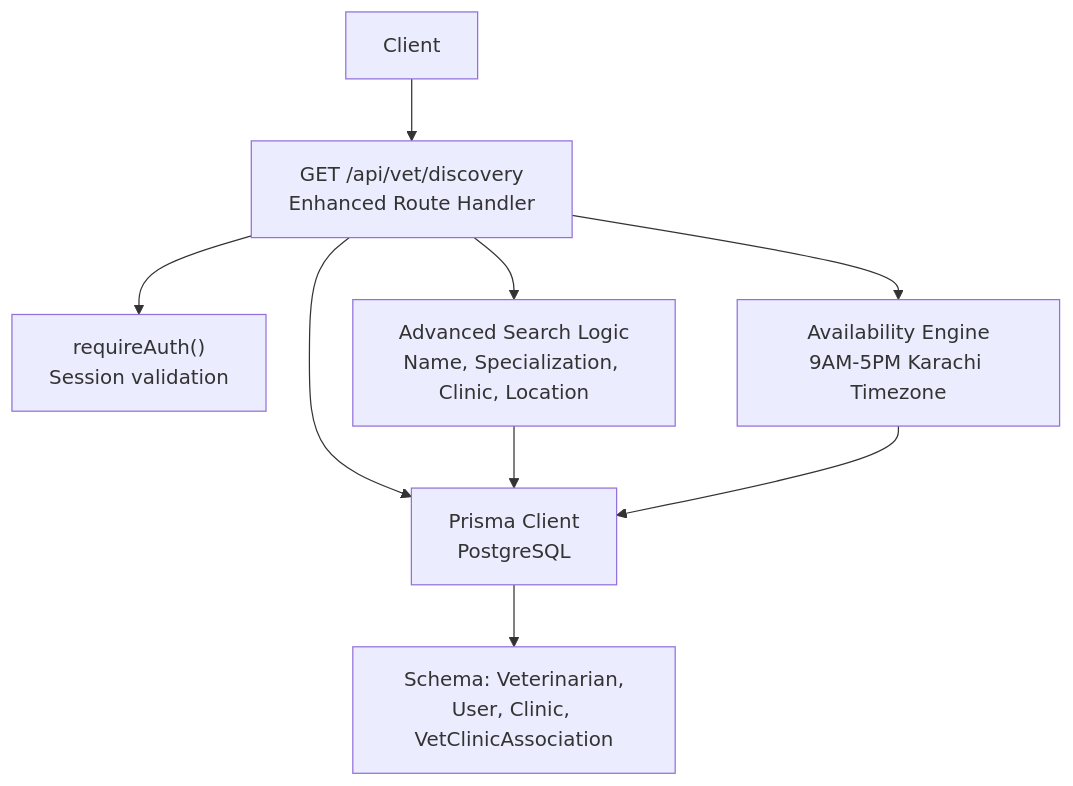
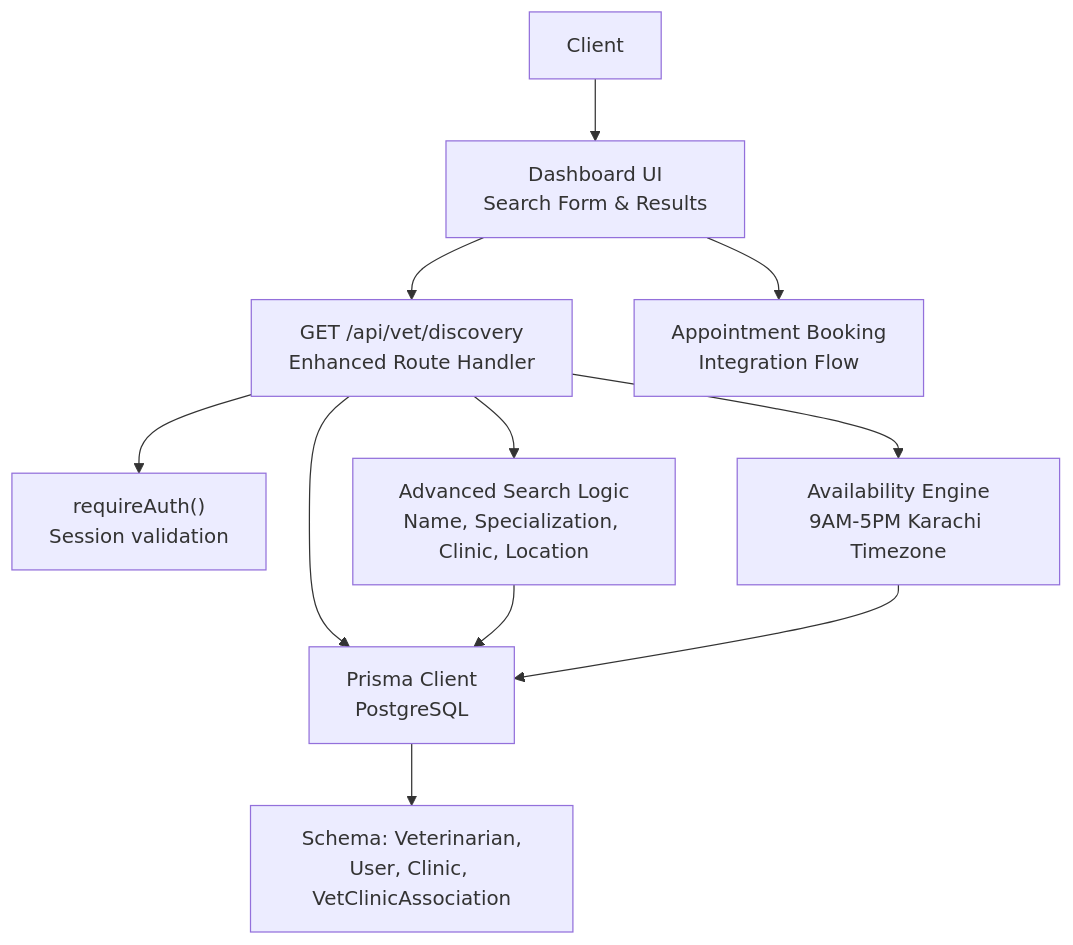
One commit to Javeria-Javaid/ai-powered-pet-healthcare-ecosystem changed the first of 4 diagrams in .qoder/repowiki/en/content/API Reference/Veterinary Tools API/Veterinarian Discovery API.md. Above: the diagram before and after it, drawn with Mermaid. The commit also changed other lines of this file and 53 other files, not shown here.

Commit message:
Update API documentation, repo structure, and dashboard features

````diff
--- a/.qoder/repowiki/en/content/API Reference/Veterinary Tools API/Veterinarian Discovery API.md
+++ b/.qoder/repowiki/en/content/API Reference/Veterinary Tools API/Veterinarian Discovery API.md
@@ -38,11 +40,13 @@
 ```mermaid
 graph TB
-Client["Client"] --> API["GET /api/vet/discovery<br/>Enhanced Route Handler"]
+Client["Client"] --> UI["Dashboard UI<br/>Search Form & Results"]
+UI --> API["GET /api/vet/discovery<br/>Enhanced Route Handler"]
 API --> Auth["requireAuth()<br/>Session validation"]
 API --> Search["Advanced Search Logic<br/>Name, Specialization, Clinic, Location"]
 API --> Availability["Availability Engine<br/>9AM-5PM Karachi Timezone"]
 API --> DB["Prisma Client<br/>PostgreSQL"]
 DB --> Schema["Schema: Veterinarian,<br/>User, Clinic, VetClinicAssociation"]
 Search --> DB
 Availability --> DB
+UI --> Booking["Appointment Booking<br/>Integration Flow"]
 ```
````
